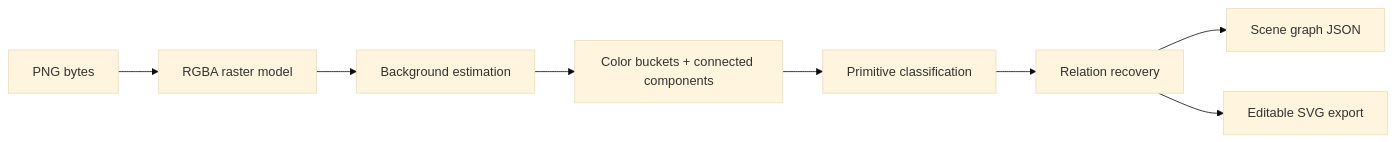
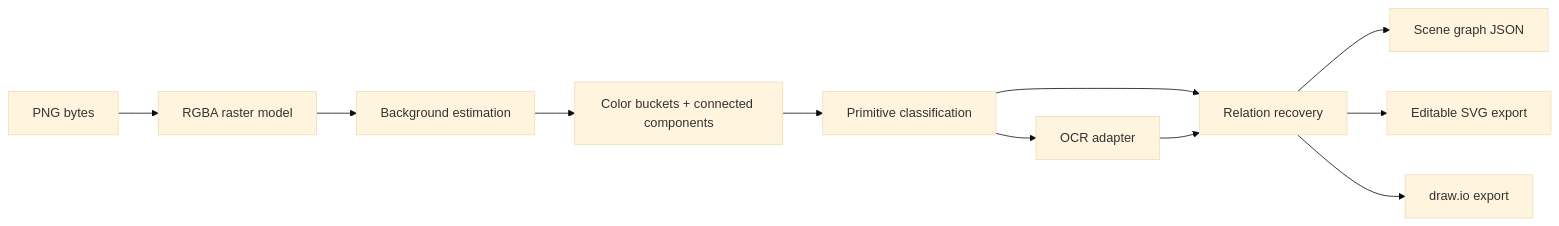
The diagram in README.md (Jasvina/FigVector), drawn with Mermaid (base theme) before and after one commit. The commit also changed other lines of this file and 23 other files, not shown here.

````diff
--- a/README.md
+++ b/README.md
@@ -72,10 +77,13 @@
 ```mermaid
 flowchart LR
     A[PNG bytes] --> B[RGBA raster model]
     B --> C[Background estimation]
     C --> D[Color buckets + connected components]
     D --> E[Primitive classification]
-    E --> F[Relation recovery]
-    F --> G[Scene graph JSON]
-    F --> H[Editable SVG export]
+    E --> F[OCR adapter]
+    E --> G[Relation recovery]
+    F --> G
+    G --> H[Scene graph JSON]
+    G --> I[Editable SVG export]
+    G --> J[draw.io export]
 ```
````
